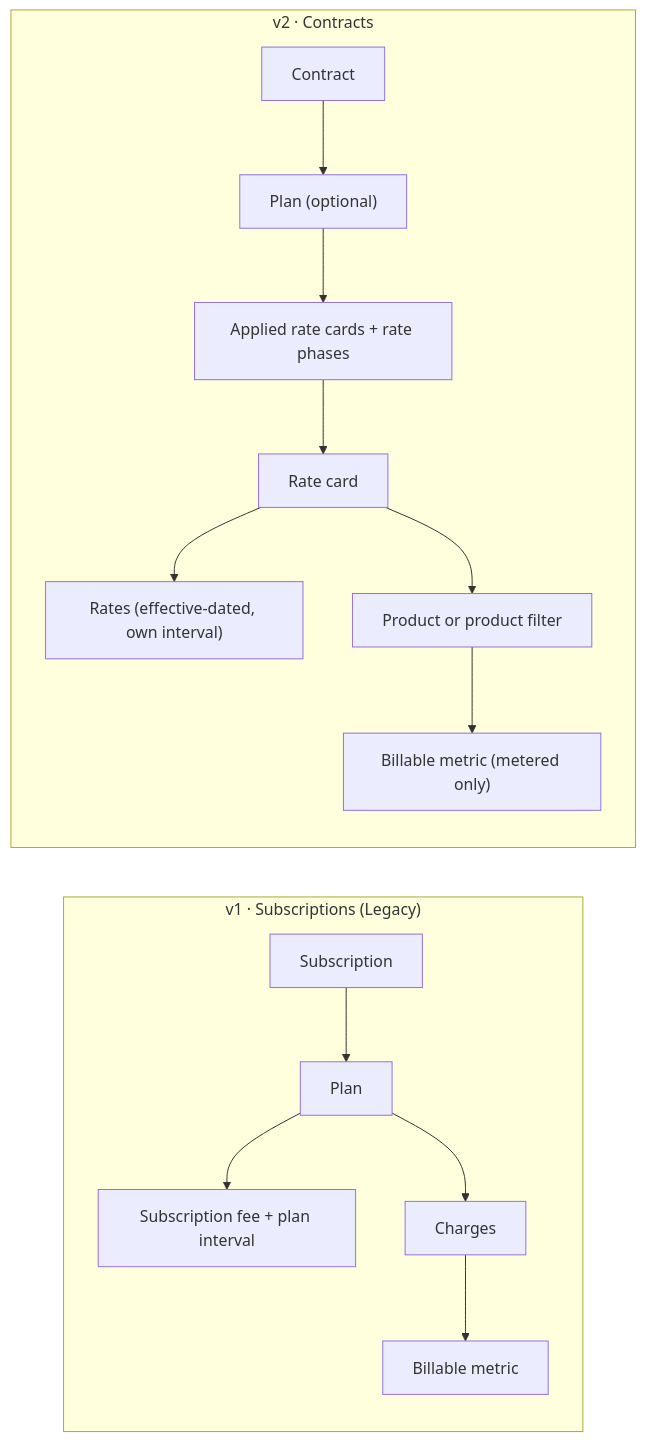
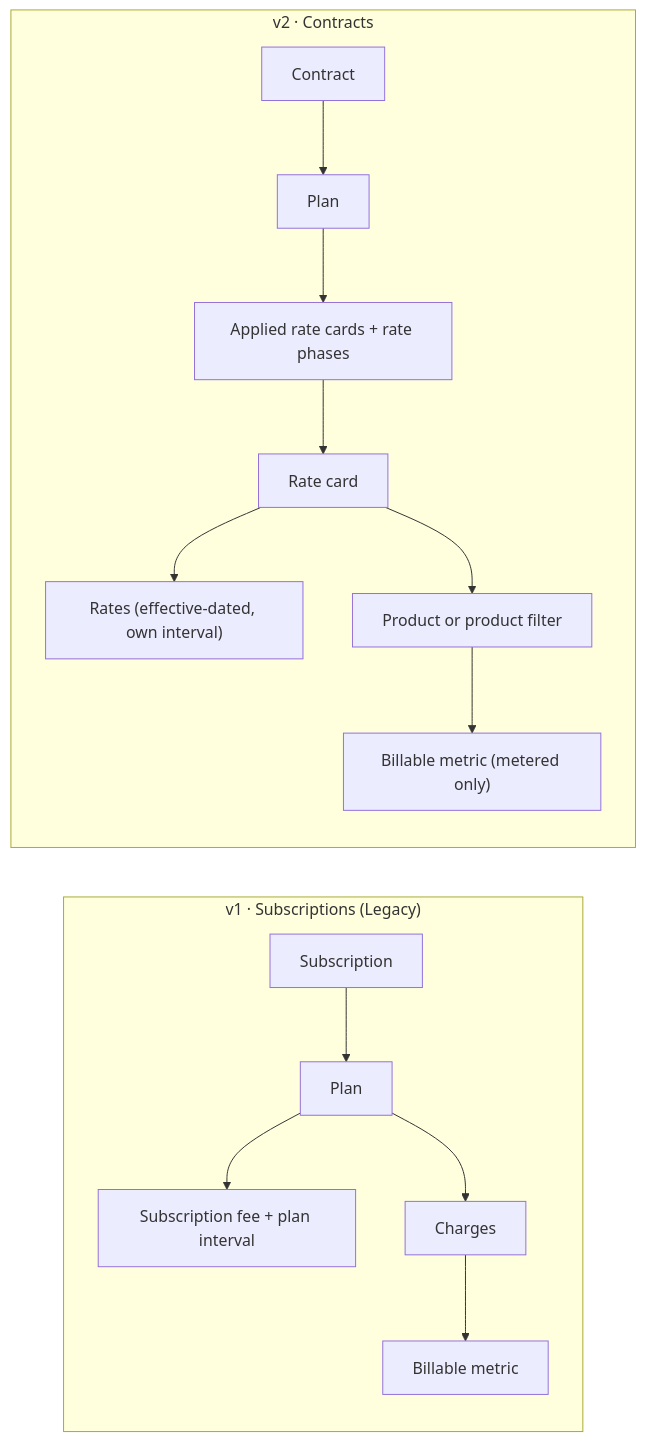
Before and after one commit to getlago/lago-doc: the diagram in v2/guide/introduction/contracts-vs-subscriptions.mdx, drawn with Mermaid. The commit also changed other lines of this file and 284 other files, not shown here.

Commit message:
docs: make Contracts copy version agnostic and clarify plan diagrams

````diff
--- a/v2/guide/introduction/contracts-vs-subscriptions.mdx
+++ b/v2/guide/introduction/contracts-vs-subscriptions.mdx
@@ -25,19 +25,19 @@
 ```mermaid
 flowchart LR
   subgraph V1["v1 · Subscriptions (Legacy)"]
     direction TB
     S["Subscription"] --> P1["Plan"]
     P1 --> F1["Subscription fee + plan interval"]
     P1 --> C1["Charges"]
     C1 --> BM1["Billable metric"]
   end
   subgraph V2["v2 · Contracts"]
     direction TB
-    K["Contract"] --> P2["Plan (optional)"]
+    K["Contract"] --> P2["Plan"]
     P2 --> ARC["Applied rate cards + rate phases"]
     ARC --> RC["Rate card"]
     RC --> R["Rates (effective-dated, own interval)"]
     RC --> PR["Product or product filter"]
     PR --> BM2["Billable metric (metered only)"]
   end
 ```
````
